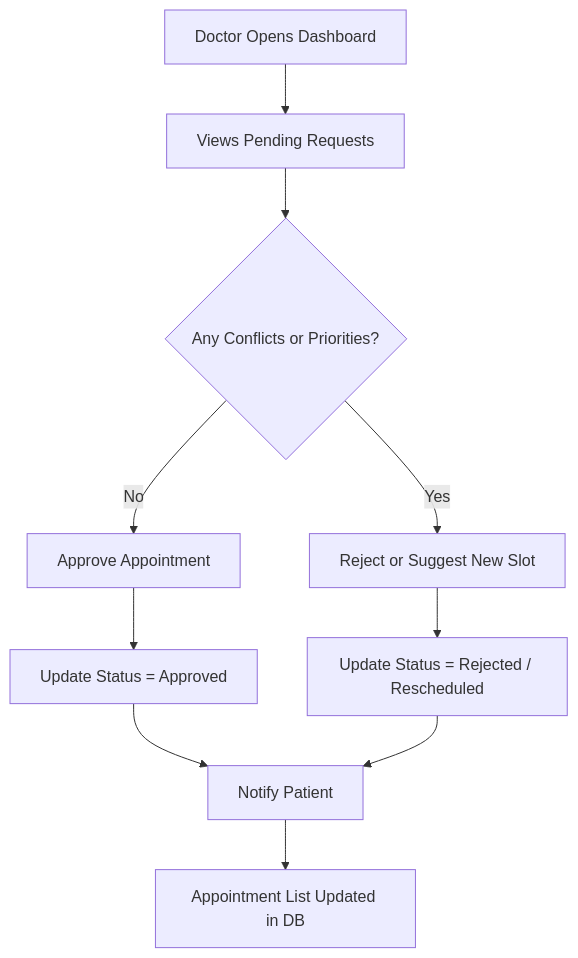
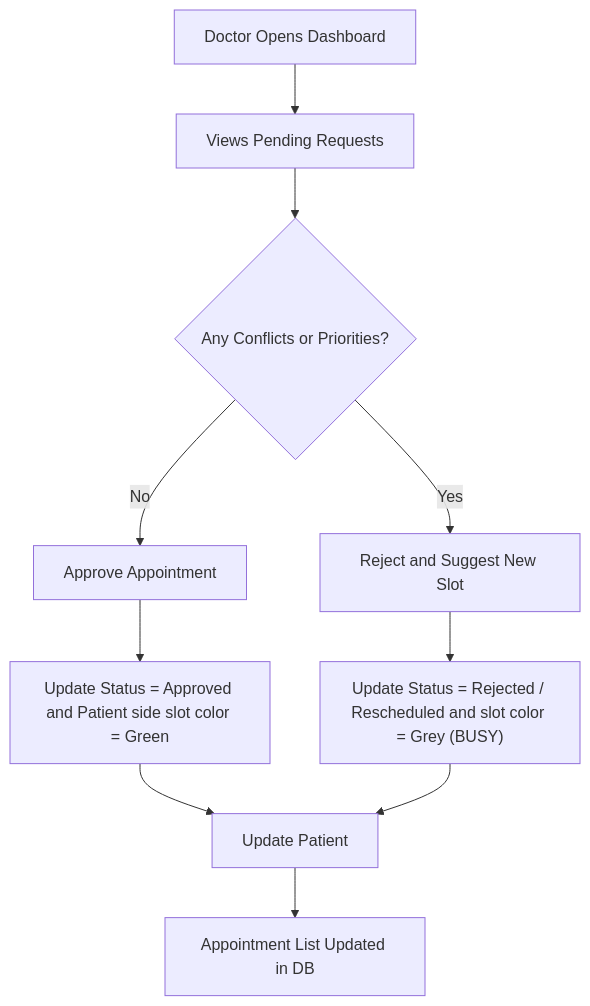
Before and after one commit to akshu-mishra/medilink: the fourth of 5 diagrams in docs/functional_usecase.md, drawn with Mermaid. The commit also changed other lines of this file and 6 other files, not shown here.

````diff
--- a/docs/functional_usecase.md
+++ b/docs/functional_usecase.md
@@ -88,12 +115,12 @@
 ```mermaid
 flowchart TD
     A["Doctor Opens Dashboard"] --> B["Views Pending Requests"]
     B --> C{"Any Conflicts or Priorities?"}
     C -->|No| D["Approve Appointment"]
-    C -->|Yes| E["Reject or Suggest New Slot"]
-    D --> F["Update Status = Approved"]
-    E --> G["Update Status = Rejected / Rescheduled"]
-    F --> H["Notify Patient"]
+    C -->|Yes| E["Reject and Suggest New Slot"]
+    D --> F["Update Status = Approved and Patient side slot color = Green"]
+    E --> G["Update Status = Rejected / Rescheduled and slot color = Grey (BUSY)"]
+    F --> H["Update Patient"]
     G --> H
     H --> I["Appointment List Updated in DB"]
 ```
````
